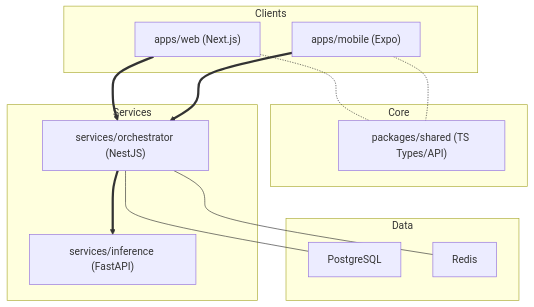
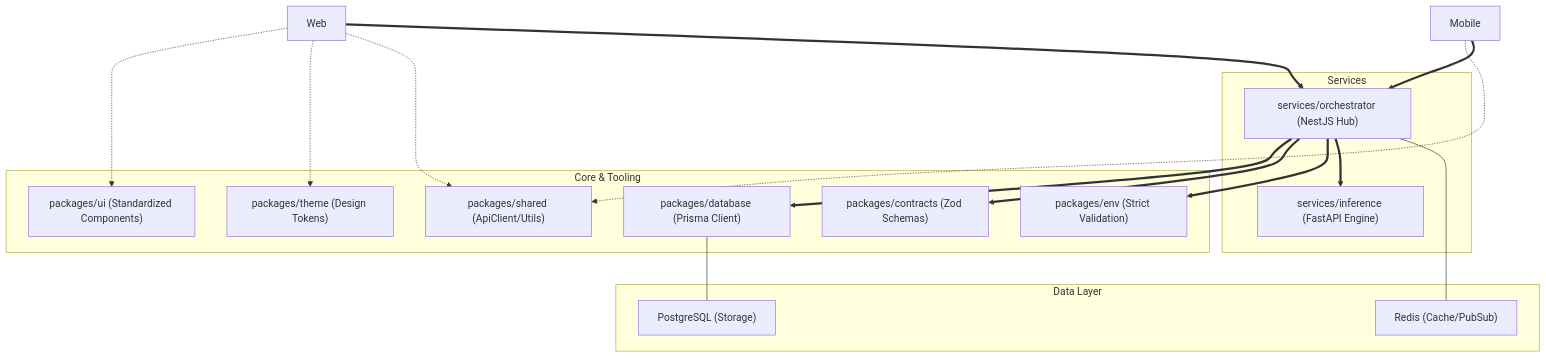
The diagram in README.md (Aryan-en/Matcha-AI-DTU), drawn with Mermaid before and after one commit. The commit also changed other lines of this file and 85 other files, not shown here.

Commit message:
chore: Install ESLint configuration package dependencies and generate UI and contracts build artifacts.fixed soem bugs+upgraded docs+imrpoved shared folder for dx exp

````diff
--- a/README.md
+++ b/README.md
@@ -13,29 +13,34 @@
 ```mermaid
 graph TD
-    subgraph "Clients"
-        Web["apps/web (Next.js)"]
-        Mobile["apps/mobile (Expo)"]
-    end
-
-    subgraph "Core"
-        Shared["packages/shared (TS Types/API)"]
+    subgraph "Core & Tooling"
+        Shared["packages/shared (ApiClient/Utils)"]
+        Database["packages/database (Prisma Client)"]
+        Env["packages/env (Strict Validation)"]
+        Contracts["packages/contracts (Zod Schemas)"]
+        UI["packages/ui (Standardized Components)"]
+        Theme["packages/theme (Design Tokens)"]
     end
 
     subgraph "Services"
-        Orchestrator["services/orchestrator (NestJS)"]
-        Inference["services/inference (FastAPI)"]
+        Orchestrator["services/orchestrator (NestJS Hub)"]
+        Inference["services/inference (FastAPI Engine)"]
     end
 
-    subgraph "Data"
-        PG["PostgreSQL"]
-        RDS["Redis"]
+    subgraph "Data Layer"
+        PG["PostgreSQL (Storage)"]
+        RDS["Redis (Cache/PubSub)"]
     end
 
-    Web -.- Shared
-    Mobile -.- Shared
+    Web -.-> UI
+    Web -.-> Theme
+    Web -.-> Shared
+    Mobile -.-> Shared
+    Orchestrator ==> Database
+    Orchestrator ==> Contracts
+    Orchestrator ==> Env
     Web ==> Orchestrator
     Mobile ==> Orchestrator
     Orchestrator ==> Inference
-    Orchestrator --- PG
+    Database --- PG
     Orchestrator --- RDS
 ```
````
